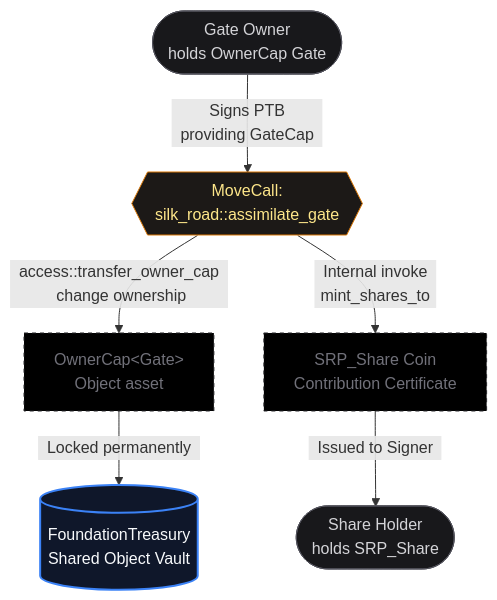
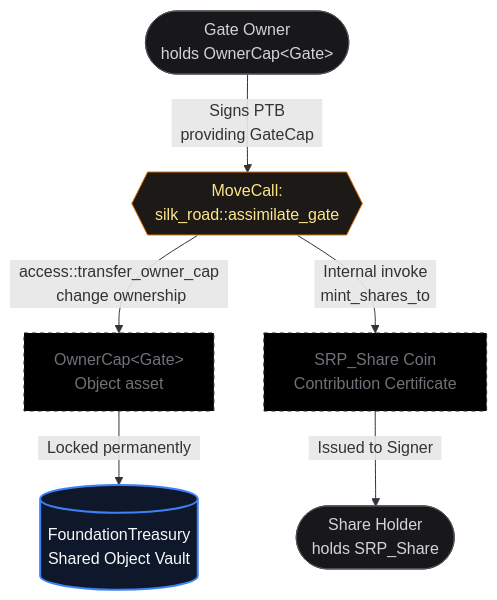
Before and after one commit to hshiki/silk-road-protocol: the first of 2 diagrams in README.md, drawn with Mermaid. The commit also changed other lines of this file, not shown here.

Commit message:
Update README by removing license badge and modifying diagram
Removed license badge and updated player node description in the diagram.

````diff
--- a/README.md
+++ b/README.md
@@ -36,38 +34,38 @@
 ```mermaid
 graph TD
   %% Define Nodes (geometric shapes, technical terms)
   %% Actors: Rounded Rectangle
-  Player_Initial([Gate Owner <br/> holds OwnerCap Gate])
+  Player_Initial([Gate Owner <br/> holds OwnerCap&lt;Gate&gt;])
   Player_Final([Share Holder <br/> holds SRP_Share])
 
   %% Logic/Function: Hexagon
   AssimilateFunc{{MoveCall: <br/> silk_road::assimilate_gate}}
 
   %% Objects/Assets: Rectangle
   GateCap_In[OwnerCap&lt;Gate&gt; <br/> Object asset]
   Shares_Out[SRP_Share Coin <br/> Contribution Certificate]
 
   %% Shared Object/Vault: Cylinder (Fixed ID: no spaces)
   TreasuryVault[(FoundationTreasury <br/> Shared Object Vault)]
 
   %% Define Flow (technical edge labels)
   Player_Initial -- "Signs PTB <br/> &nbsp;&nbsp;providing GateCap&nbsp;&nbsp;" --> AssimilateFunc
  
   %% Ownership Shift Branch
   AssimilateFunc -- "&nbsp;&nbsp;access::transfer_owner_cap&nbsp;&nbsp;<br/> change ownership" --> GateCap_In
   GateCap_In -- "&nbsp;&nbsp;Locked permanently&nbsp;&nbsp;" --> TreasuryVault
 
   %% Minting Branch
   AssimilateFunc -- "&nbsp;&nbsp;Internal invoke&nbsp;&nbsp;<br/> mint_shares_to" --> Shares_Out
   Shares_Out -- "&nbsp;&nbsp;Issued to Signer&nbsp;&nbsp;" --> Player_Final
 
   classDef role fill:#18181b,stroke:#52525b,stroke-width:1px,color:#d4d4d8;
   classDef object fill:#000000,stroke:#27272a,stroke-width:1px,color:#71717a,stroke-dasharray: 4 4;
   classDef logic fill:#1c1917,stroke:#d97706,stroke-width:1px,color:#fde68a;
   classDef vault fill:#0f172a,stroke:#3b82f6,stroke-width:2px,color:#f8fafc;
 
   class Player_Initial,Player_Final role;
   class GateCap_In,Shares_Out object;
   class AssimilateFunc logic;
   class TreasuryVault vault;
 ```
````
